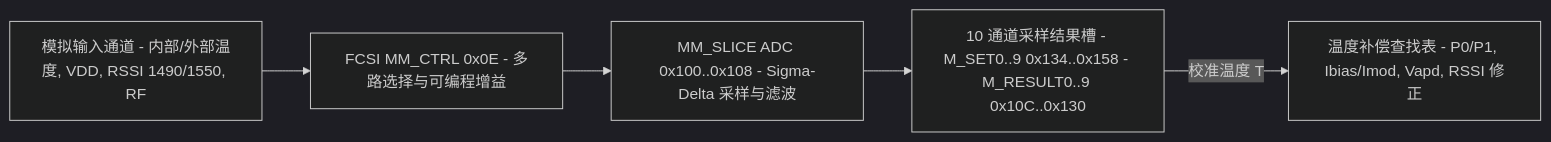
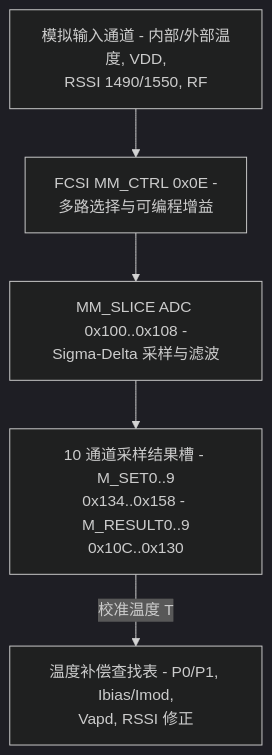
One commit to difanz/lantiq-falcon-s-docs changed the diagram in 07_phy_and_mac/03_laser_calibration.md. Above: the diagram before and after it, drawn with Mermaid (dark theme). The commit also changed 33 other files, not shown here.

Commit message:
Improve diagram readability and adopt the Material theme

````diff
--- a/07_phy_and_mac/03_laser_calibration.md
+++ b/07_phy_and_mac/03_laser_calibration.md
@@ -9,7 +9,7 @@
 ```mermaid
-flowchart LR
-    CH["模拟输入通道 - 内部/外部温度, VDD, RSSI 1490/1550, RF"] --> MUX["FCSI MM_CTRL 0x0E - 多路选择与可编程增益"]
-    MUX --> ADC["MM_SLICE ADC 0x100..0x108 - Sigma-Delta 采样与滤波"]
-    ADC --> RES["10 通道采样结果槽 - M_SET0..9 0x134..0x158 - M_RESULT0..9 0x10C..0x130"]
-    RES -->|校准温度 T| LUT["温度补偿查找表 - P0/P1, Ibias/Imod, Vapd, RSSI 修正"]
+flowchart TD
+    CH["模拟输入通道 - 内部/外部温度, VDD,<br/>RSSI 1490/1550, RF"] --> MUX["FCSI MM_CTRL 0x0E -<br/>多路选择与可编程增益"]
+    MUX --> ADC["MM_SLICE ADC 0x100..0x108 -<br/>Sigma-Delta 采样与滤波"]
+    ADC --> RES["10 通道采样结果槽 - M_SET0..9<br/>0x134..0x158 - M_RESULT0..9<br/>0x10C..0x130"]
+    RES -->|校准温度 T| LUT["温度补偿查找表 - P0/P1, Ibias/Imod,<br/>Vapd, RSSI 修正"]
 ```
````
